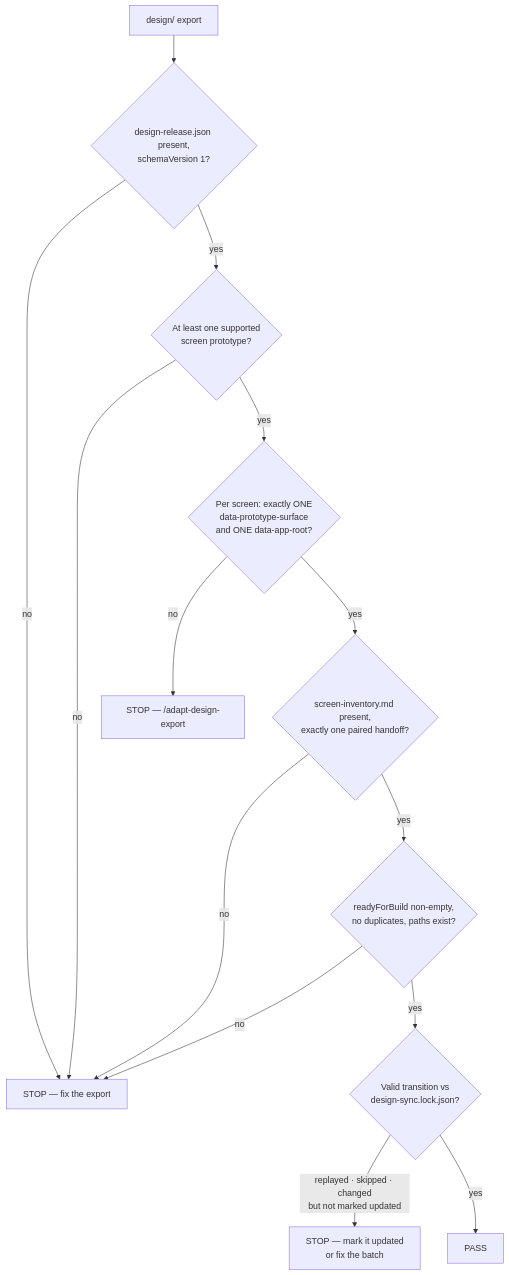
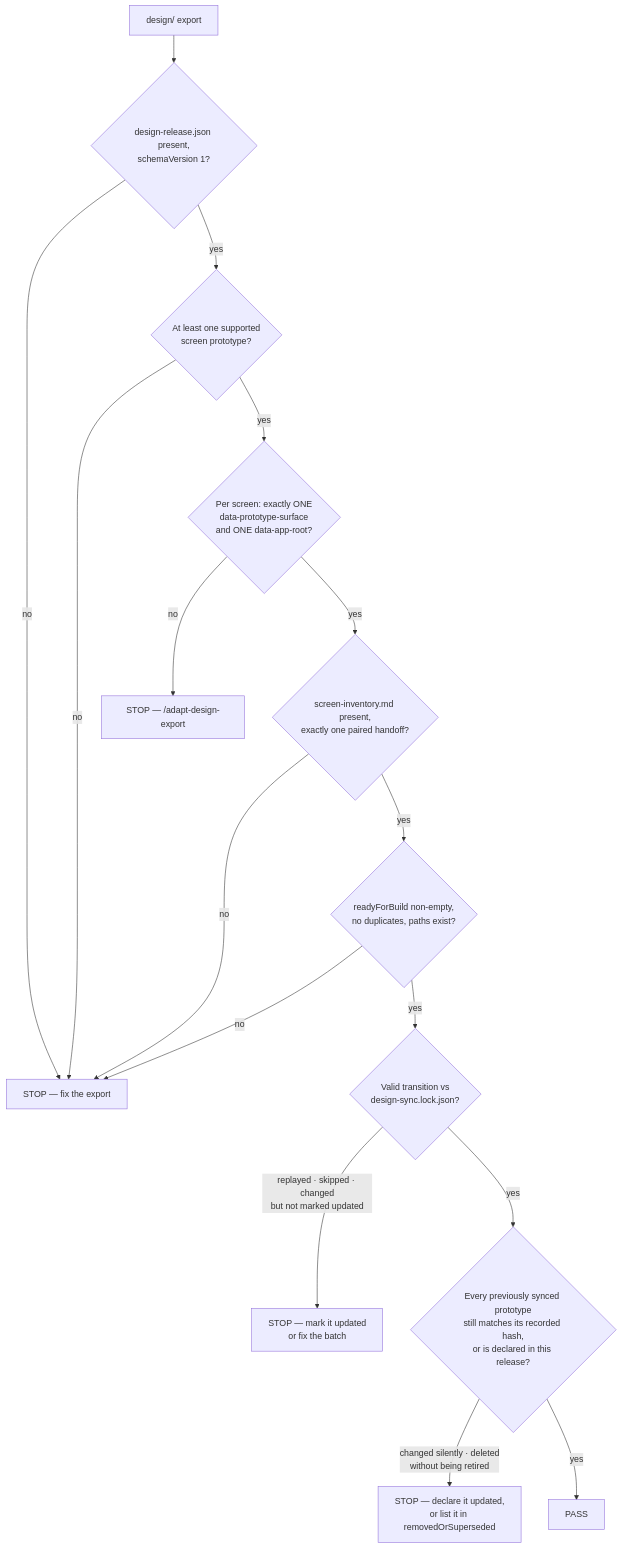
Before and after one commit to jade-kenneth/ai-media-creator: the second of 2 diagrams in docs/claude-design-flow.md, drawn with Mermaid. The commit also changed other lines of this file and 5 other files, not shown here.

````diff
--- a/docs/claude-design-flow.md
+++ b/docs/claude-design-flow.md
@@ -161,16 +161,18 @@
 ```mermaid
 flowchart TD
   S["design/ export"] --> Q1{"design-release.json present,<br/>schemaVersion 1?"}
   Q1 -->|no| X["STOP — fix the export"]
   Q1 -->|yes| Q2{"At least one supported<br/>screen prototype?"}
   Q2 -->|no| X
   Q2 -->|yes| Q3{"Per screen: exactly ONE<br/>data-prototype-surface<br/>and ONE data-app-root?"}
   Q3 -->|no| X2["STOP — /adapt-design-export"]
   Q3 -->|yes| Q4{"screen-inventory.md present,<br/>exactly one paired handoff?"}
   Q4 -->|no| X
   Q4 -->|yes| Q5{"readyForBuild non-empty,<br/>no duplicates, paths exist?"}
   Q5 -->|no| X
   Q5 -->|yes| Q6{"Valid transition vs<br/>design-sync.lock.json?"}
   Q6 -->|"replayed · skipped · changed<br/>but not marked updated"| X3["STOP — mark it updated<br/>or fix the batch"]
-  Q6 -->|yes| OK["PASS"]
+  Q6 -->|yes| Q7{"Every previously synced prototype<br/>still matches its recorded hash,<br/>or is declared in this release?"}
+  Q7 -->|"changed silently · deleted<br/>without being retired"| X4["STOP — declare it updated,<br/>or list it in removedOrSuperseded"]
+  Q7 -->|yes| OK["PASS"]
 ```
````
